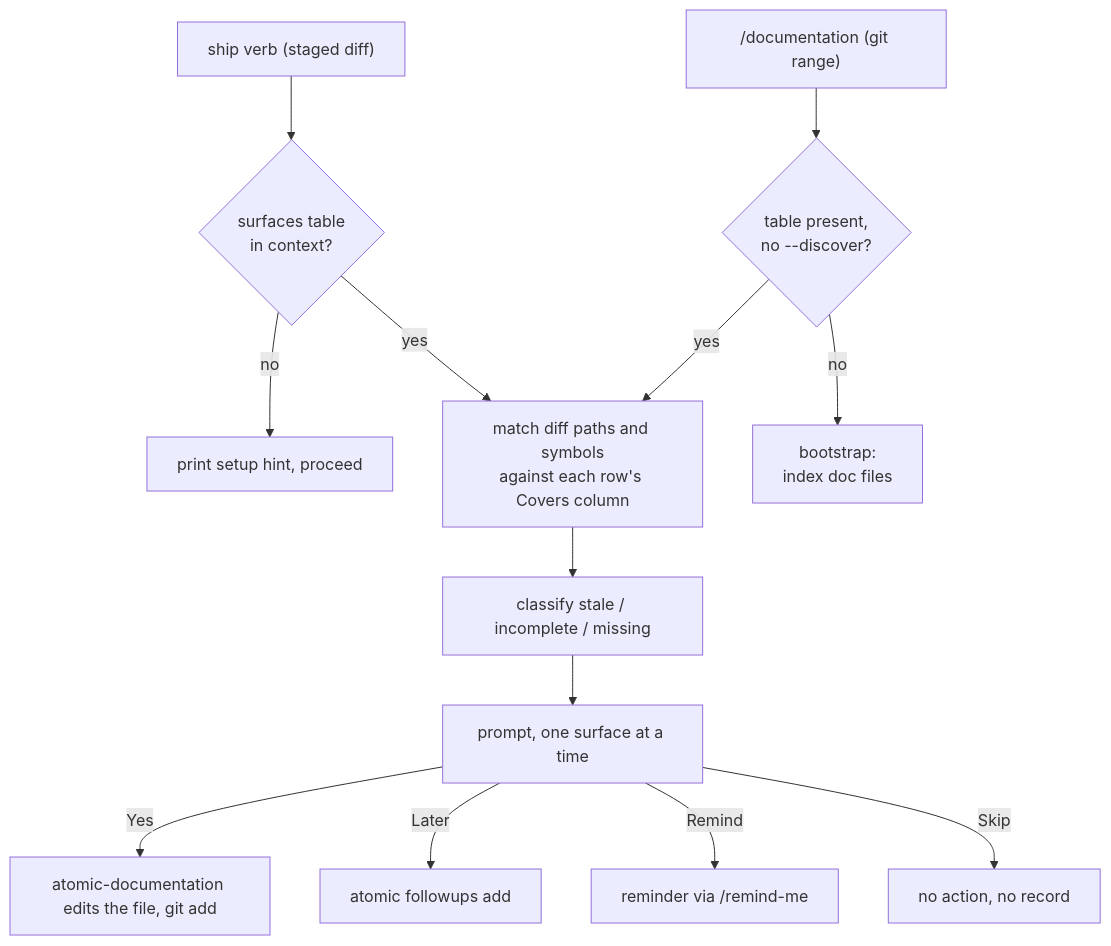
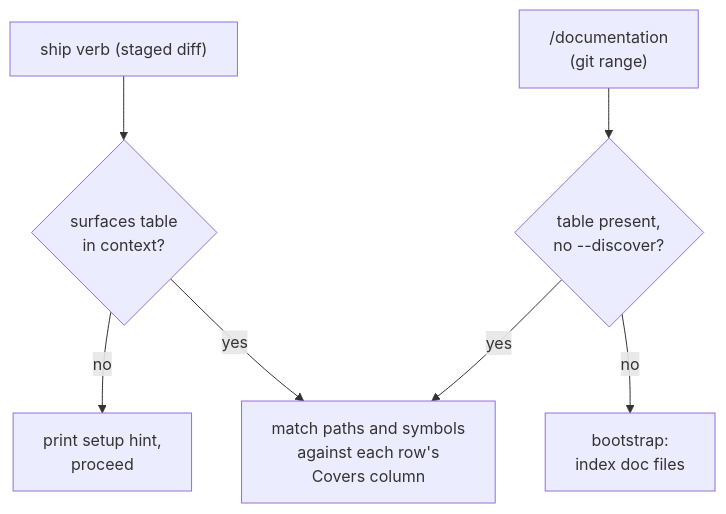
The first of 3 diagrams in docs/wiki/docs-meta.md (damusix/atomic-claude), drawn with Mermaid before and after one commit. The commit also changed other lines of this file and 11 other files, not shown here.

````diff
--- a/docs/wiki/docs-meta.md
+++ b/docs/wiki/docs-meta.md
@@ -60,18 +62,12 @@
 ```mermaid
 flowchart TD
     A["ship verb (staged diff)"] --> T
-    B["/documentation (git range)"] --> D
+    B["/documentation<br/>(git range)"] --> D
     T{"surfaces table<br/>in context?"}
-    T -->|no| H["print setup hint, proceed"]
+    T -->|no| H["print setup hint,<br/>proceed"]
     T -->|yes| M
     D{"table present,<br/>no --discover?"}
     D -->|no| BS["bootstrap:<br/>index doc files"]
     D -->|yes| M
-    M["match diff paths and symbols<br/>against each row's Covers column"]
-    M --> C["classify stale / incomplete / missing"]
-    C --> P["prompt, one surface at a time"]
-    P -->|Yes| E["atomic-documentation edits the file, git add"]
-    P -->|Later| F["atomic followups add"]
-    P -->|Remind| R["reminder via /remind-me"]
-    P -->|Skip| N["no action, no record"]
+    M["match paths and symbols<br/>against each row's<br/>Covers column"]
 ```
````
